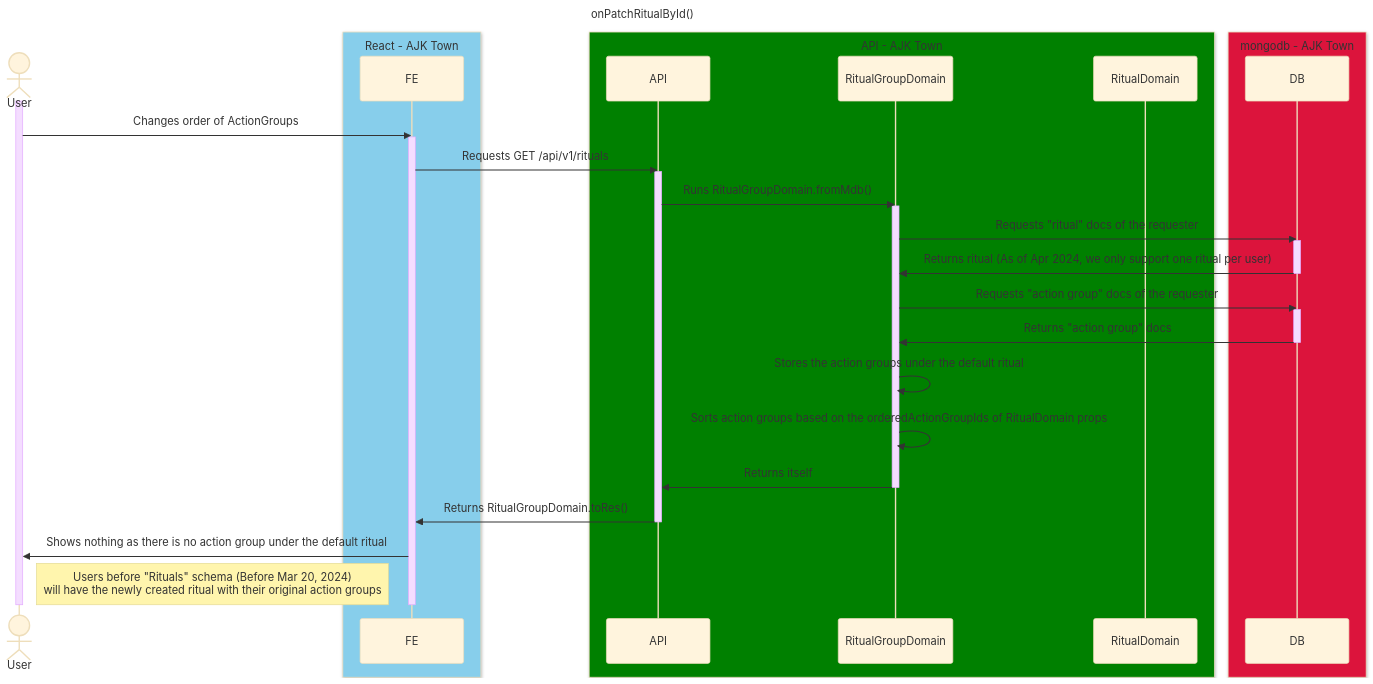
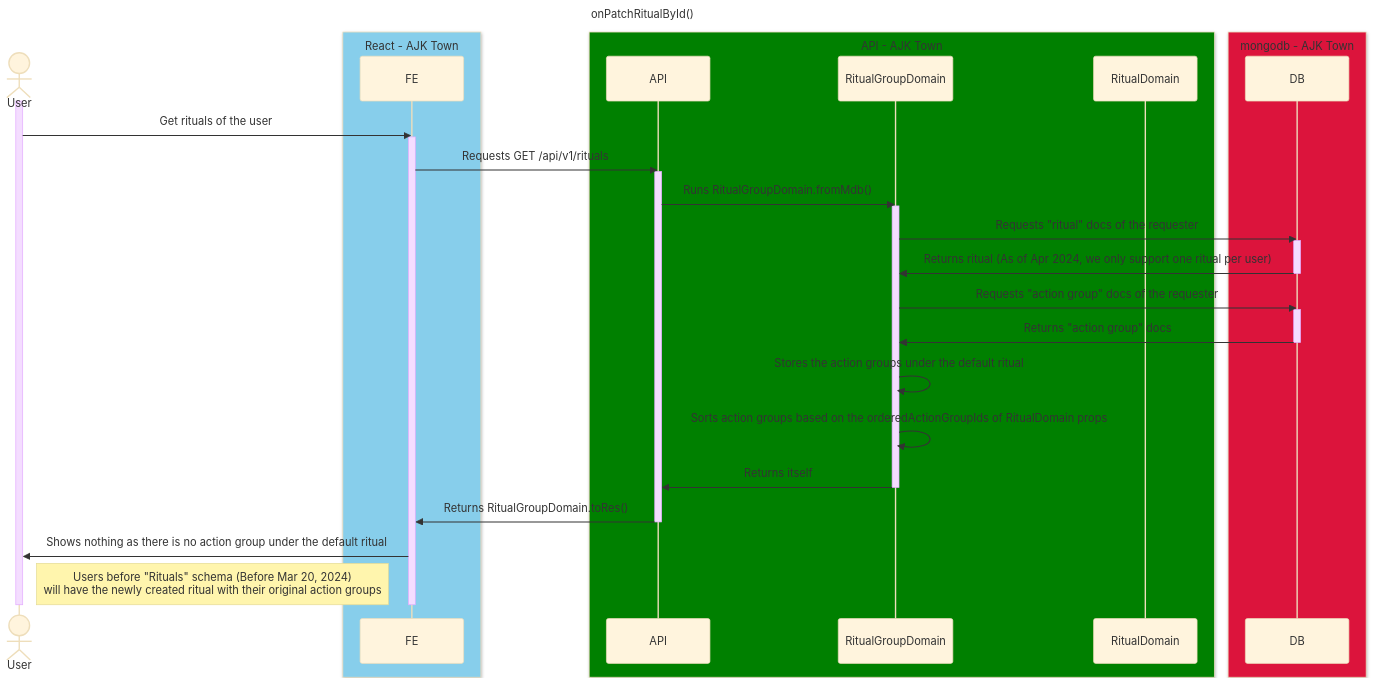
One commit to ajktown/docs changed the diagram in dev_consistency/diagrams/on-get-rituals.md. Above: the diagram before and after it, drawn with Mermaid (base theme).

Commit message:
doc: get rituals ofthe user

````diff
--- a/dev_consistency/diagrams/on-get-rituals.md
+++ b/dev_consistency/diagrams/on-get-rituals.md
@@ -19,45 +19,45 @@
 ```mermaid
 
 sequenceDiagram
 title: onPatchRitualById()
 
 actor user as User
 box SkyBlue React - AJK Town
   participant fe as FE
 end
 box Green API - AJK Town
   participant api as API
   participant domain as RitualGroupDomain
   participant ritual_domain as RitualDomain
 end
 box Crimson mongodb - AJK Town
   participant db as DB
 end
 
 
 activate user
-  user ->> fe: Changes order of ActionGroups
+  user ->> fe: Get rituals of the user
   activate fe
     fe ->> api: Requests GET /api/v1/rituals
     activate api
       api ->> domain: Runs RitualGroupDomain.fromMdb()
       activate domain
         domain ->> db: Requests "ritual" docs of the requester
         activate db
           db ->> domain: Returns ritual (As of Apr 2024, we only support one ritual per user)
         deactivate db
         domain ->> db: Requests "action group" docs of the requester
         activate db
           db ->> domain: Returns "action group" docs
         deactivate db
         domain ->> domain: Stores the action groups under the default ritual
         domain ->> domain: Sorts action groups based on the orderedActionGroupIds of RitualDomain props
         domain ->> api: Returns itself
       deactivate domain
       api ->> fe: Returns RitualGroupDomain.toRes()
     deactivate api
     fe ->> user: Shows nothing as there is no action group under the default ritual
     Note right of user: Users before "Rituals" schema (Before Mar 20, 2024) <br/>will have the newly created ritual with their original action groups
   deactivate fe
 deactivate user
 ```
````
